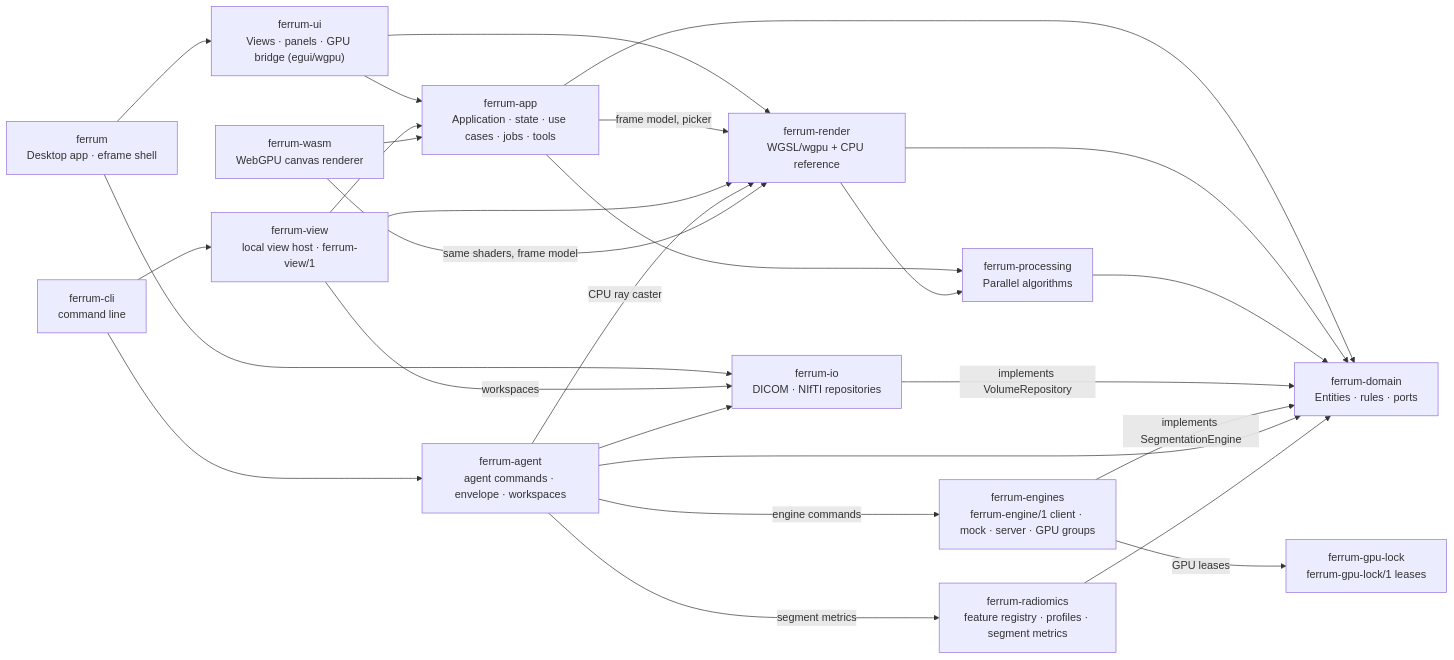
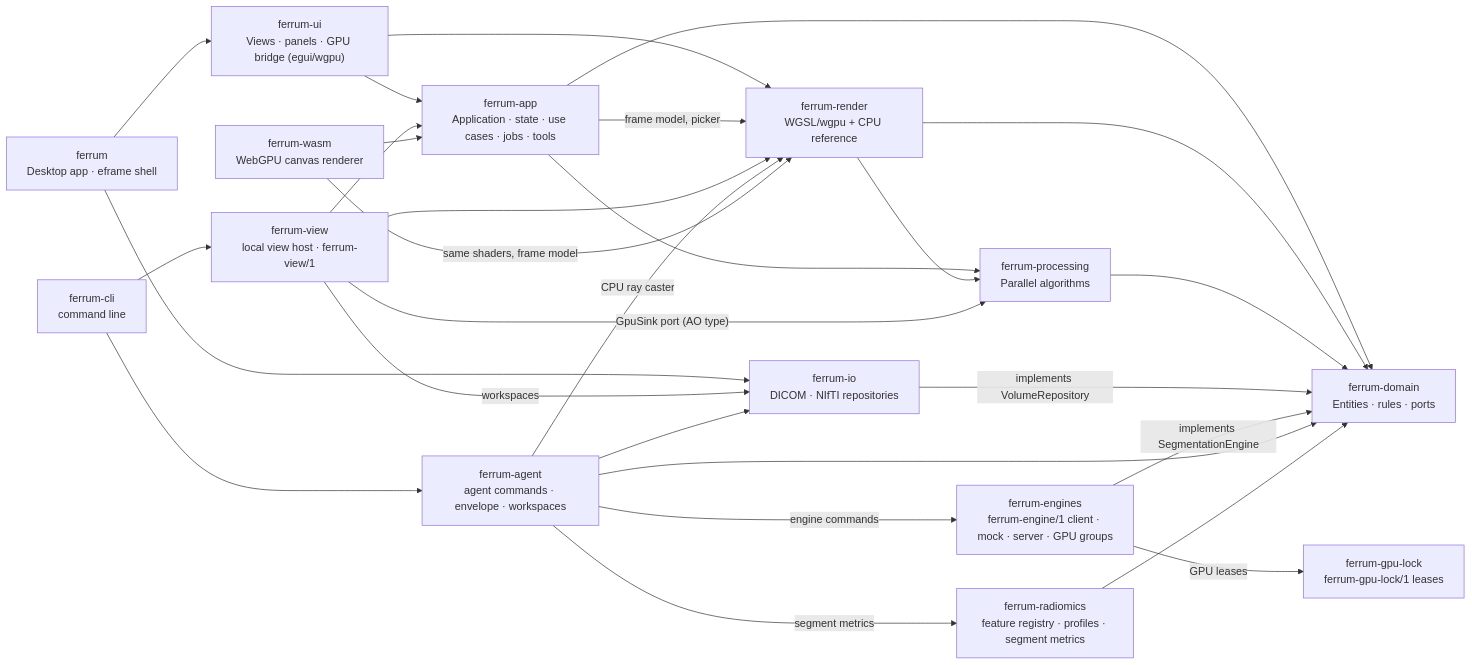
One commit to Kauter1989/ferrum changed the first of 2 diagrams in docs/architecture.md. Above: the diagram before and after it, drawn with Mermaid. The commit also changed other lines of this file and 2 other files, not shown here.

First line of the commit message:
docs: ferrum-view's layering after the full ViewState (GpuSink port)

````diff
--- a/docs/architecture.md
+++ b/docs/architecture.md
@@ -19,44 +19,45 @@
 ```mermaid
 flowchart LR
     V["ferrum<br/>Desktop app · eframe shell"]
     UI["ferrum-ui<br/>Views · panels · GPU bridge (egui/wgpu)"]
     A["ferrum-app<br/>Application · state · use cases · jobs · tools"]
     D["ferrum-domain<br/>Entities · rules · ports"]
     P["ferrum-processing<br/>Parallel algorithms"]
     R["ferrum-render<br/>WGSL/wgpu + CPU reference"]
     IO["ferrum-io<br/>DICOM · NIfTI repositories"]
     EN["ferrum-engines<br/>ferrum-engine/1 client · mock · server · GPU groups"]
     GL["ferrum-gpu-lock<br/>ferrum-gpu-lock/1 leases"]
     RX["ferrum-radiomics<br/>feature registry · profiles · segment metrics"]
     AG["ferrum-agent<br/>agent commands · envelope · workspaces"]
     CLI["ferrum-cli<br/>command line"]
     VW["ferrum-view<br/>local view host · ferrum-view/1"]
 
     V --> UI
     V --> IO
     UI --> A
     UI --> R
     A --> D
     A --> P
     A -->|"frame model, picker"| R
     R --> D
     R --> P
     P --> D
     IO -->|"implements VolumeRepository"| D
     EN -->|"implements SegmentationEngine"| D
     EN -->|"GPU leases"| GL
     CLI --> AG
     CLI --> VW
     VW --> A
     VW --> R
+    VW -->|"GpuSink port (AO type)"| P
     VW -->|"workspaces"| IO
     AG --> D
     AG --> IO
     AG -->|"CPU ray caster"| R
     AG -->|"engine commands"| EN
     AG -->|"segment metrics"| RX
     RX --> D
     WS["ferrum-wasm<br/>WebGPU canvas renderer"]
     WS -->|"same shaders, frame model"| R
     WS --> A
 ```
````
